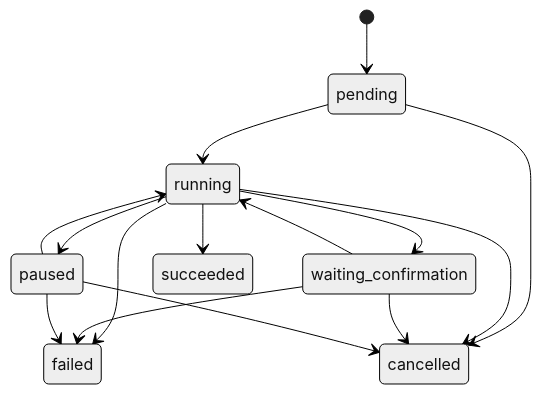
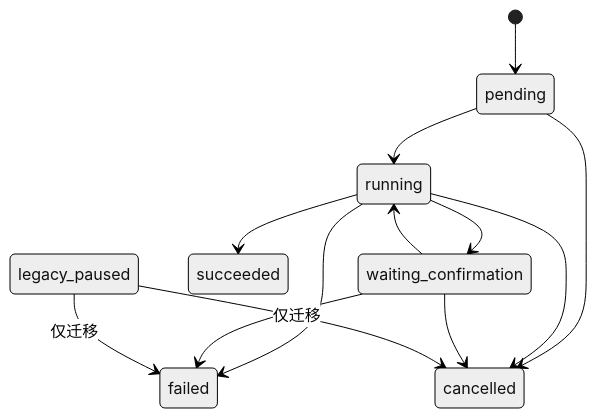
One commit to Gxh-aviliable/enterprise-controlled-coding-agent changed the sixth of 10 diagrams in docs/PROJECT-WALKTHROUGH.md. Above: the diagram before and after it, drawn with Mermaid (neutral theme). The commit also changed other lines of this file and 55 other files, not shown here.

````diff
--- a/docs/PROJECT-WALKTHROUGH.md
+++ b/docs/PROJECT-WALKTHROUGH.md
@@ -2214,17 +2213,15 @@
 ```mermaid
 stateDiagram-v2
     [*] --> pending
     pending --> running
     pending --> cancelled
-    running --> paused
-    paused --> running
     running --> waiting_confirmation
     waiting_confirmation --> running
     running --> succeeded
     running --> failed
     running --> cancelled
     waiting_confirmation --> failed
     waiting_confirmation --> cancelled
-    paused --> failed
-    paused --> cancelled
+    legacy_paused --> failed: 仅迁移
+    legacy_paused --> cancelled: 仅迁移
 ```
````
